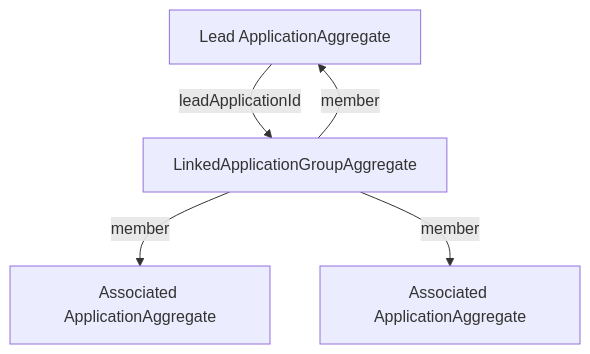
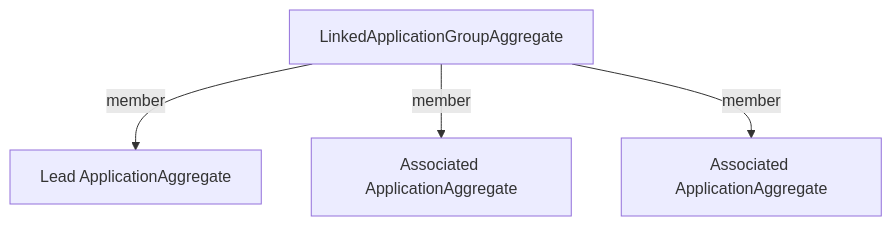
The diagram in data-access-service-axon/docs/linked-applications.md (ministryofjustice/laa-data-access-api), drawn with Mermaid before and after one commit. The commit also changed other lines of this file and 56 other files, not shown here.

````diff
--- a/data-access-service-axon/docs/linked-applications.md
+++ b/data-access-service-axon/docs/linked-applications.md
@@ -9,11 +9,10 @@
 ```mermaid
 flowchart TD
     L[Lead ApplicationAggregate]
     A1[Associated ApplicationAggregate]
     A2[Associated ApplicationAggregate]
     G[LinkedApplicationGroupAggregate]
-    L -->|leadApplicationId| G
     G -->|member| L
     G -->|member| A1
     G -->|member| A2
 ```
````
